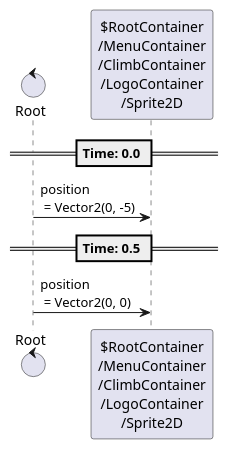
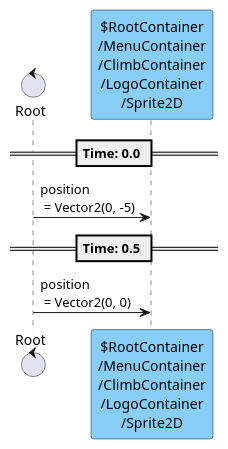
Before and after one commit to tkmfujise/Platformer-Game-Learning: the seventh of 9 diagrams in content/scenes/src/beginning/menu/menu.tscn.adoc, drawn with PlantUML. The commit also changed other lines of this file and 67 other files, not shown here.

```diff
--- a/content/scenes/src/beginning/menu/menu.tscn.adoc
+++ b/content/scenes/src/beginning/menu/menu.tscn.adoc
@@ -544,14 +544,14 @@
 [plantuml]
 ....
 control "Root" as R
-participant "$RootContainer\n/MenuContainer\n/ClimbContainer\n/LogoContainer\n/Sprite2D" as T0
+participant "$RootContainer\n/MenuContainer\n/ClimbContainer\n/LogoContainer\n/Sprite2D" as T0 #87CEFA
 
 
 
 == Time: 0.0 ==
 R  ->  T0 : position\n = Vector2(0, -5)
 == Time: 0.5 ==
 R  ->  T0 : position\n = Vector2(0, 0)
 
 
 ....
```
